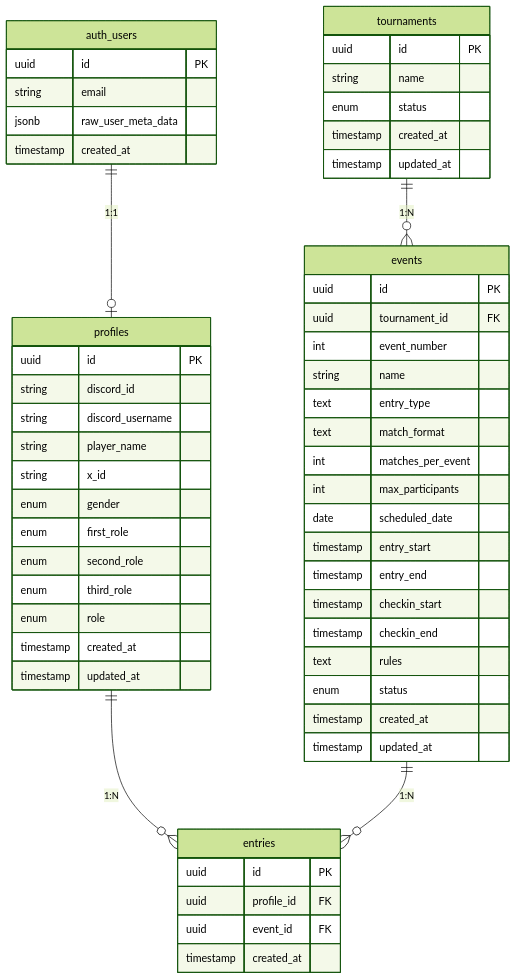
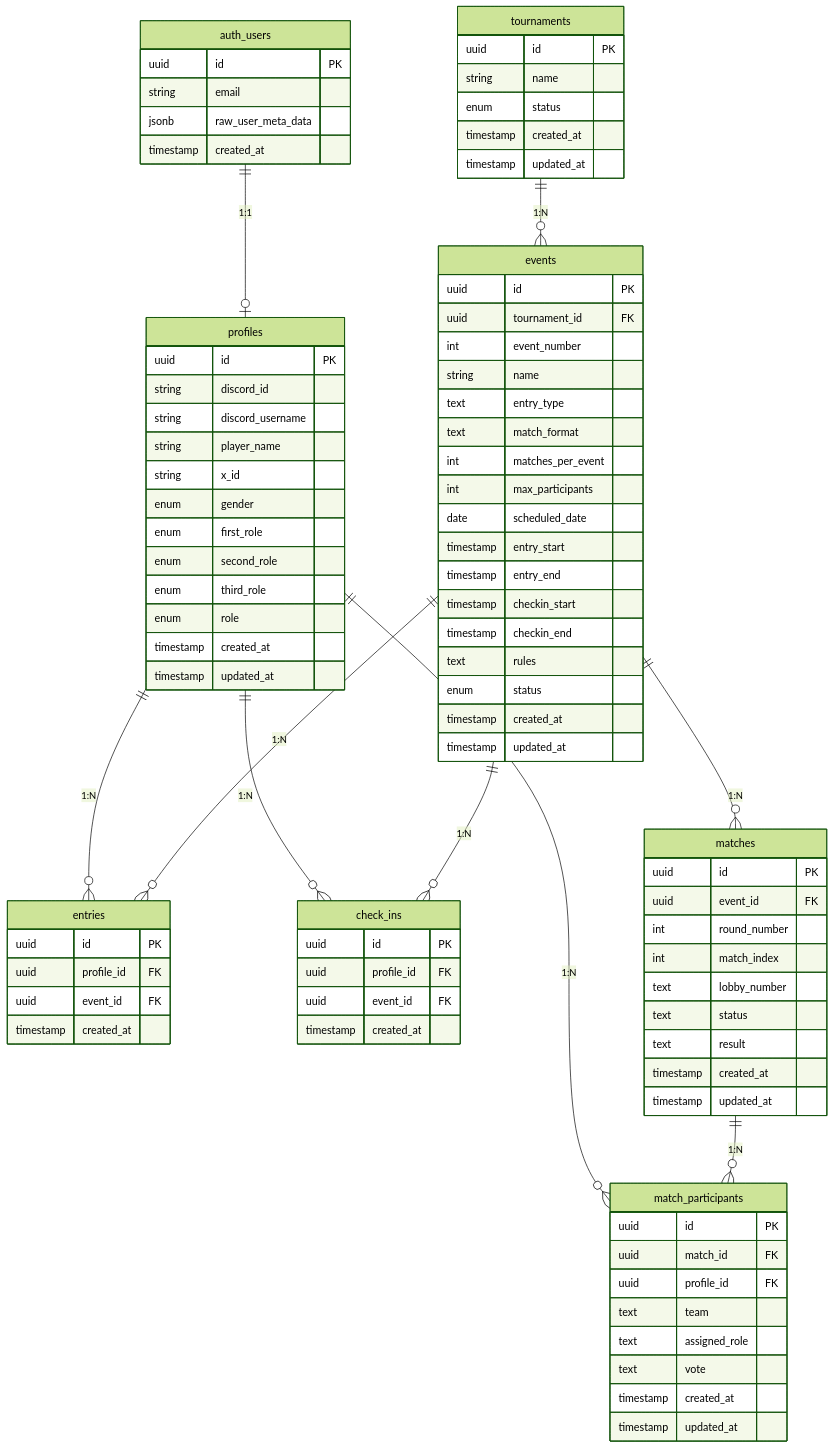
Before and after one commit to juv-shun/JiroRimi: the diagram in docs/database_design.md, drawn with Mermaid (forest theme). The commit also changed other lines of this file, not shown here.

````diff
--- a/docs/database_design.md
+++ b/docs/database_design.md
@@ -10,8 +10,13 @@
 erDiagram
     auth_users ||--o| profiles : "1:1"
     profiles ||--o{ entries : "1:N"
+    profiles ||--o{ check_ins : "1:N"
+    profiles ||--o{ match_participants : "1:N"
     tournaments ||--o{ events : "1:N"
     events ||--o{ entries : "1:N"
+    events ||--o{ check_ins : "1:N"
+    events ||--o{ matches : "1:N"
+    matches ||--o{ match_participants : "1:N"
 
     auth_users {
         uuid id PK
@@ -69,4 +74,34 @@
         uuid event_id FK
         timestamp created_at
     }
+
+    check_ins {
+        uuid id PK
+        uuid profile_id FK
+        uuid event_id FK
+        timestamp created_at
+    }
+
+    matches {
+        uuid id PK
+        uuid event_id FK
+        int round_number
+        int match_index
+        text lobby_number
+        text status
+        text result
+        timestamp created_at
+        timestamp updated_at
+    }
+
+    match_participants {
+        uuid id PK
+        uuid match_id FK
+        uuid profile_id FK
+        text team
+        text assigned_role
+        text vote
+        timestamp created_at
+        timestamp updated_at
+    }
 ```
````
